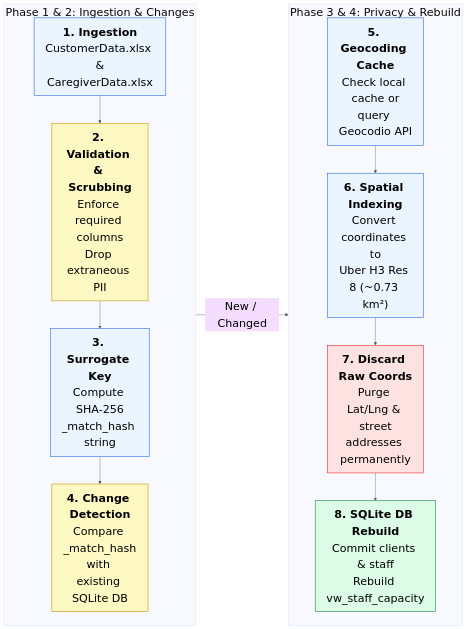
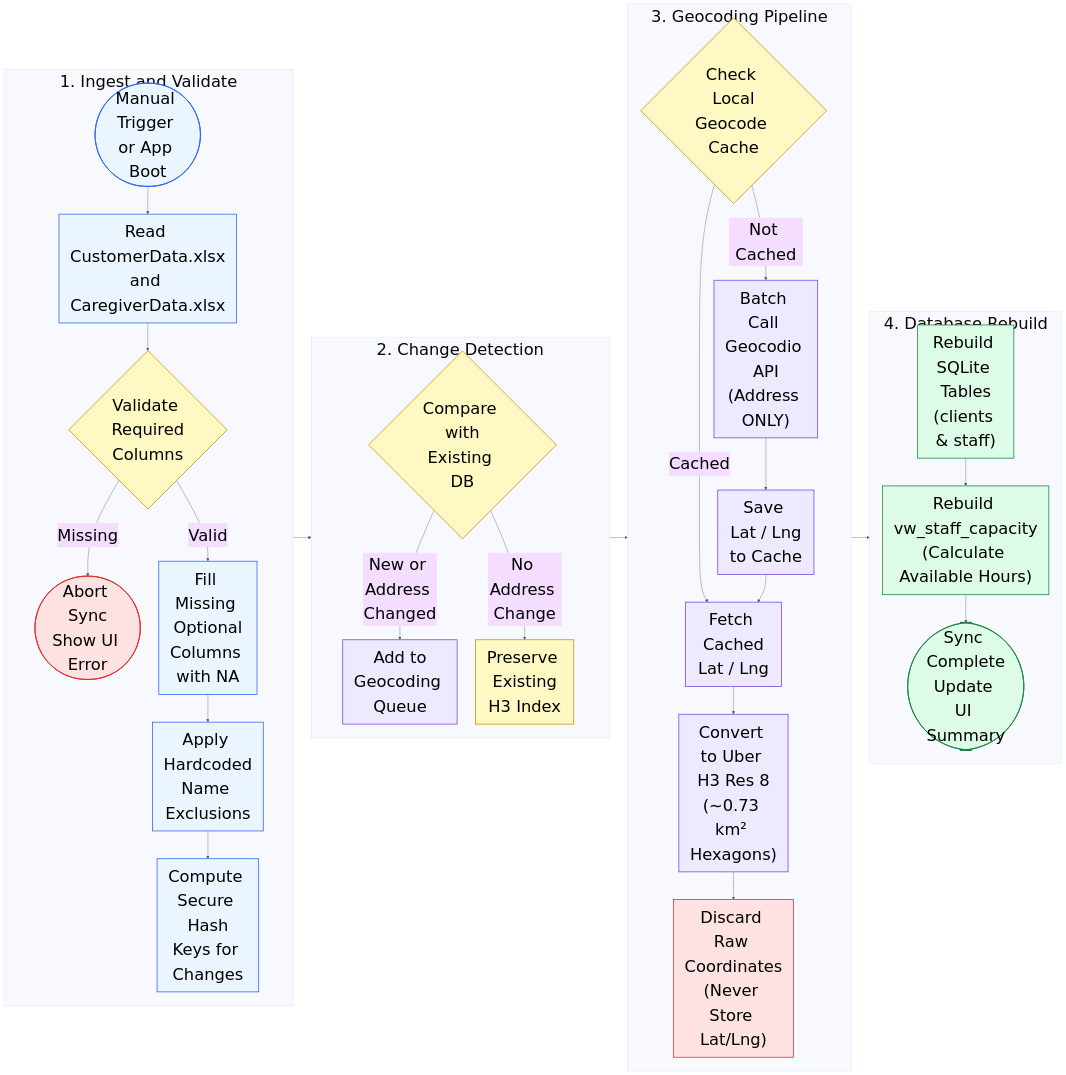
Before and after one commit to the-write-path-code/ch07-proactive-event-driven-agents: the first of 5 diagrams in workflows/architecture_workflows.md, drawn with Mermaid.

Commit message:
Update Figure 7.2 architecture workflow with authentic 4-phase ETL pipeline and Wiley styling

````diff
--- a/workflows/architecture_workflows.md
+++ b/workflows/architecture_workflows.md
@@ -30,33 +30,54 @@
 ```mermaid
-%%{init: {"theme": "base", "themeVariables": {"fontFamily": "Arial, Helvetica, sans-serif", "fontSize": "30px", "primaryTextColor": "#000000", "lineColor": "#4B5563"}}}%%
+%%{init: {"theme": "base", "themeVariables": {"fontFamily": "Arial, Helvetica, sans-serif", "fontSize": "44px", "primaryTextColor": "#000000", "lineColor": "#4B5563"}}}%%
 flowchart LR
-    subgraph Col1 ["Phase 1 & 2: Ingestion & Changes"]
+    subgraph P1 ["1. Ingest and Validate"]
         direction TB
-        R1["<b>1. Ingestion</b><br/>CustomerData.xlsx &<br/>CaregiverData.xlsx"]
-        R2["<b>2. Validation & Scrubbing</b><br/>Enforce required columns<br/>Drop extraneous PII"]
-        R3["<b>3. Surrogate Key</b><br/>Compute SHA-256<br/>_match_hash string"]
-        R4["<b>4. Change Detection</b><br/>Compare _match_hash<br/>with existing SQLite DB"]
-        R1 --> R2 --> R3 --> R4
+        Start([Manual Trigger or App Boot]) --> ReadExcel["Read CustomerData.xlsx<br/>and CaregiverData.xlsx"]
+        ReadExcel --> Validate{Validate Required<br/>Columns}
+        Validate -->|Missing| Abort([Abort Sync<br/>Show UI Error])
+        Validate -->|Valid| FillOptional["Fill Missing Optional<br/>Columns with NA"]
+        FillOptional --> Exclusions["Apply Hardcoded<br/>Name Exclusions"]
+        Exclusions --> SurrogateKey["Compute Secure Hash<br/>Keys for Changes"]
     end
 
-    subgraph Col2 ["Phase 3 & 4: Privacy & Rebuild"]
+    subgraph P2 ["2. Change Detection"]
         direction TB
-        R5["<b>5. Geocoding Cache</b><br/>Check local cache or<br/>query Geocodio API"]
-        R6["<b>6. Spatial Indexing</b><br/>Convert coordinates to<br/>Uber H3 Res 8 (~0.73 km²)"]
-        R7["<b>7. Discard Raw Coords</b><br/>Purge Lat/Lng & street<br/>addresses permanently"]
-        R8["<b>8. SQLite DB Rebuild</b><br/>Commit clients & staff<br/>Rebuild vw_staff_capacity"]
-        R5 --> R6 --> R7 --> R8
+        Compare{Compare with<br/>Existing DB}
+        Compare -->|New or Address Changed| GeocodeQueue["Add to<br/>Geocoding Queue"]
+        Compare -->|No Address Change| Preserve["Preserve Existing<br/>H3 Index"]
     end
 
-    Col1 -->|"New / Changed"| Col2
+    subgraph P3 ["3. Geocoding Pipeline"]
+        direction TB
+        CheckCache{Check Local<br/>Geocode Cache}
+        CheckCache -->|Cached| FetchCache["Fetch Cached<br/>Lat / Lng"]
+        CheckCache -->|Not Cached| CallGeocodio["Batch Call Geocodio API<br/>(Address ONLY)"]
+        CallGeocodio --> SaveCache["Save Lat / Lng<br/>to Cache"]
+        SaveCache --> FetchCache
+        FetchCache --> H3Conversion["Convert to Uber H3 Res 8<br/>(~0.73 km² Hexagons)"]
+        H3Conversion --> Discard["Discard Raw Coordinates<br/>(Never Store Lat/Lng)"]
+    end
 
-    classDef proc fill:#EBF5FF,stroke:#2563EB,color:#000000,stroke-width:1.5px
-    classDef check fill:#FEF9C3,stroke:#CA8A04,color:#000000,stroke-width:1.5px
-    classDef purge fill:#FEE2E2,stroke:#DC2626,color:#000000,stroke-width:1.5px
-    classDef db fill:#DCFCE7,stroke:#15803D,color:#000000,stroke-width:1.5px
+    subgraph P4 ["4. Database Rebuild"]
+        direction TB
+        RebuildDB["Rebuild SQLite Tables<br/>(clients & staff)"]
+        RebuildDB --> RebuildView["Rebuild vw_staff_capacity<br/>(Calculate Available Hours)"]
+        RebuildView --> End([Sync Complete<br/>Update UI Summary])
+    end
 
-    class R1,R3,R5,R6 proc
-    class R2,R4 check
-    class R7 purge
-    class R8 db
+    P1 --> P2
+    P2 --> P3
+    P3 --> P4
+
+    classDef inputNode fill:#EBF5FF,stroke:#2563EB,color:#000000,stroke-width:2px
+    classDef checkNode fill:#FEF9C3,stroke:#CA8A04,color:#000000,stroke-width:2px
+    classDef procNode fill:#EDE9FE,stroke:#7C3AED,color:#000000,stroke-width:2px
+    classDef purgeNode fill:#FEE2E2,stroke:#DC2626,color:#000000,stroke-width:2px
+    classDef dbNode fill:#DCFCE7,stroke:#15803D,color:#000000,stroke-width:2px
+
+    class Start,ReadExcel,FillOptional,Exclusions,SurrogateKey inputNode
+    class Validate,Compare,CheckCache,Preserve checkNode
+    class GeocodeQueue,CallGeocodio,SaveCache,FetchCache,H3Conversion procNode
+    class Discard,Abort purgeNode
+    class RebuildDB,RebuildView,End dbNode
 ```
````
